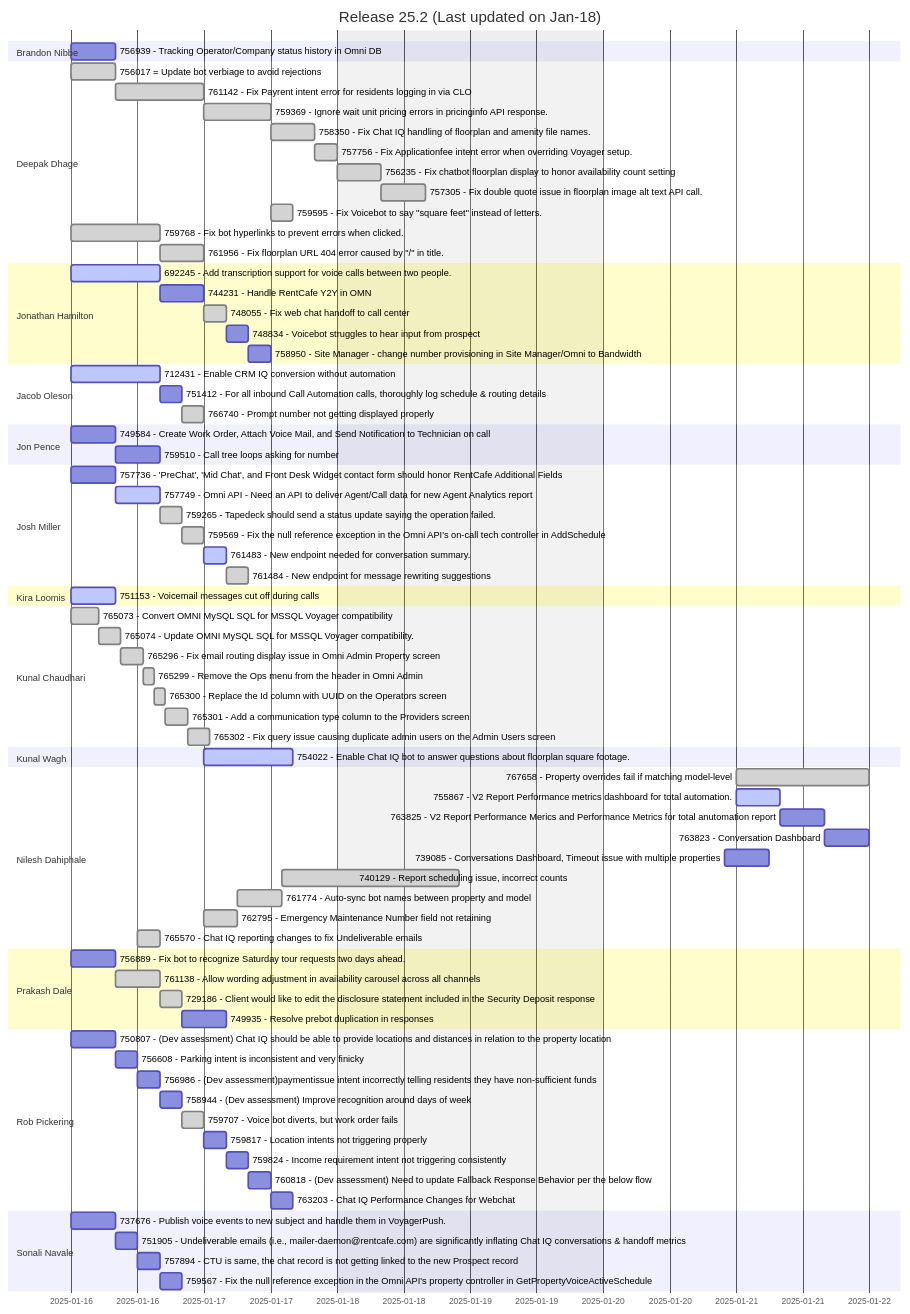
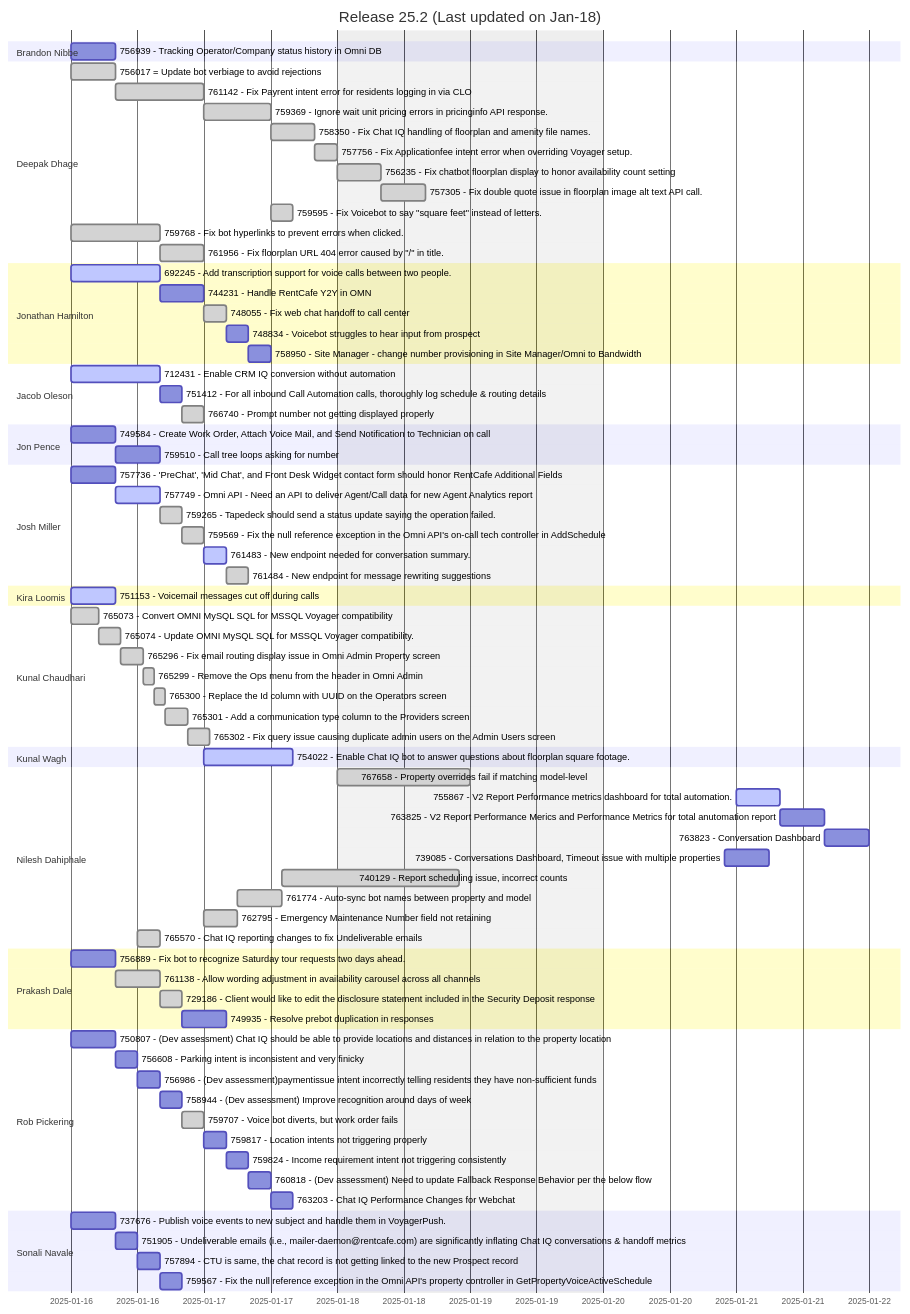
Before and after one commit to prakash-dale/prakash-dale.github.io: the first of 2 diagrams in README.md, drawn with Mermaid.

````diff
--- a/README.md
+++ b/README.md
@@ -65,7 +65,7 @@
 
 
     section Nilesh Dahiphale
-        767658 - Property overrides fail if matching model-level: done, 767658, Jan-21, 24h
+        767658 - Property overrides fail if matching model-level: done, 767658, Jan-18, 24h
         755867 - V2 Report Performance metrics dashboard for total automation.: active, 755867, Jan-21, 8h
         763825 - V2 Report  Performance Merics and Performance Metrics for total anutomation report: 763825, after 755867, 8h
         763823 - Conversation Dashboard: 763823, after 763825, 8h
@@ -98,9 +98,5 @@
         751905 - Undeliverable emails (i.e., mailer-daemon@rentcafe.com) are significantly inflating Chat IQ conversations & handoff metrics: 751905, after 737676, 4h
         757894 - CTU is same, the chat record is not getting linked to the new Prospect record : 757894, after 751905, 4h
         759567 - Fix the null reference exception in the Omni API's property controller in GetPropertyVoiceActiveSchedule: 759567, after 757894, 4h
-
-
- 
-
     
 ```
````
